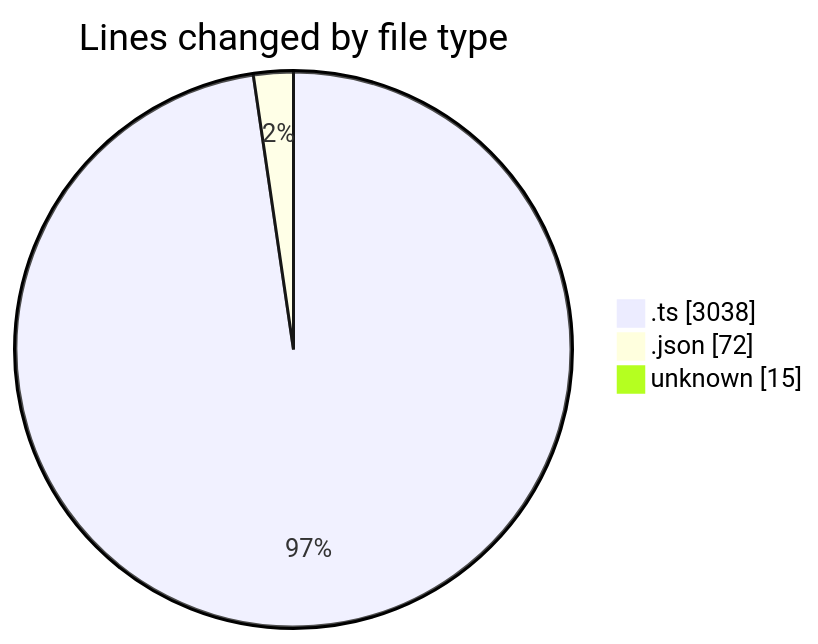
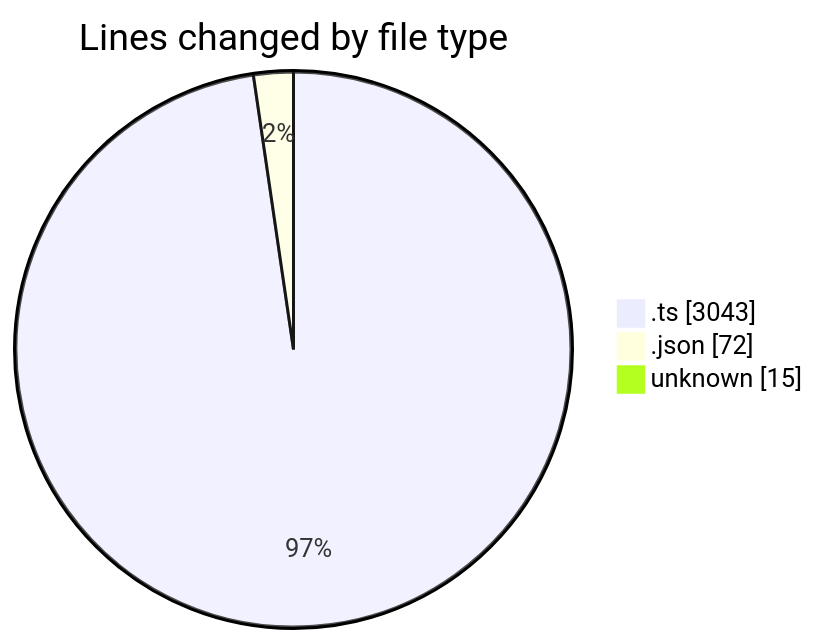
One commit to lephambinh05/code-tracking changed the first of 2 diagrams in 2025-09-10/hiai-phf/README.md. Above: the diagram before and after it, drawn with Mermaid. The commit also changed other lines of this file and 1 other file, not shown here.

````diff
--- a/2025-09-10/hiai-phf/README.md
+++ b/2025-09-10/hiai-phf/README.md
@@ -29,7 +29,7 @@
 ```mermaid
 pie showData
 title Lines changed by file type
-".ts" : 3038
+".ts" : 3043
 ".json" : 72
 "unknown" : 15
 ```
````
